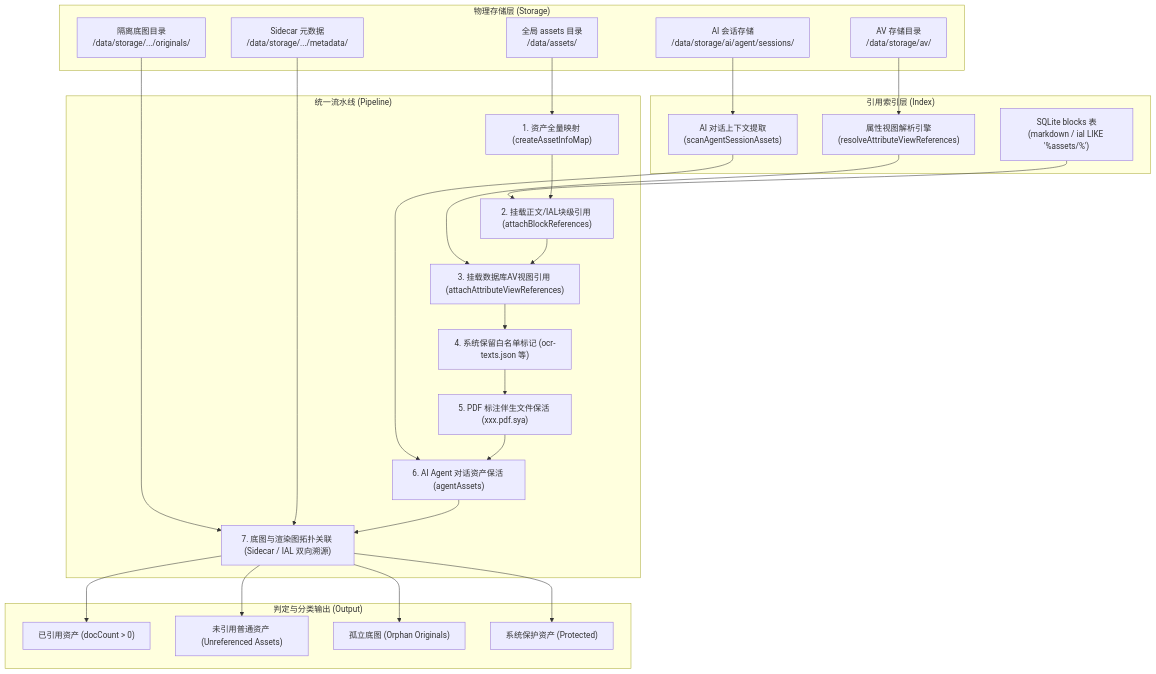
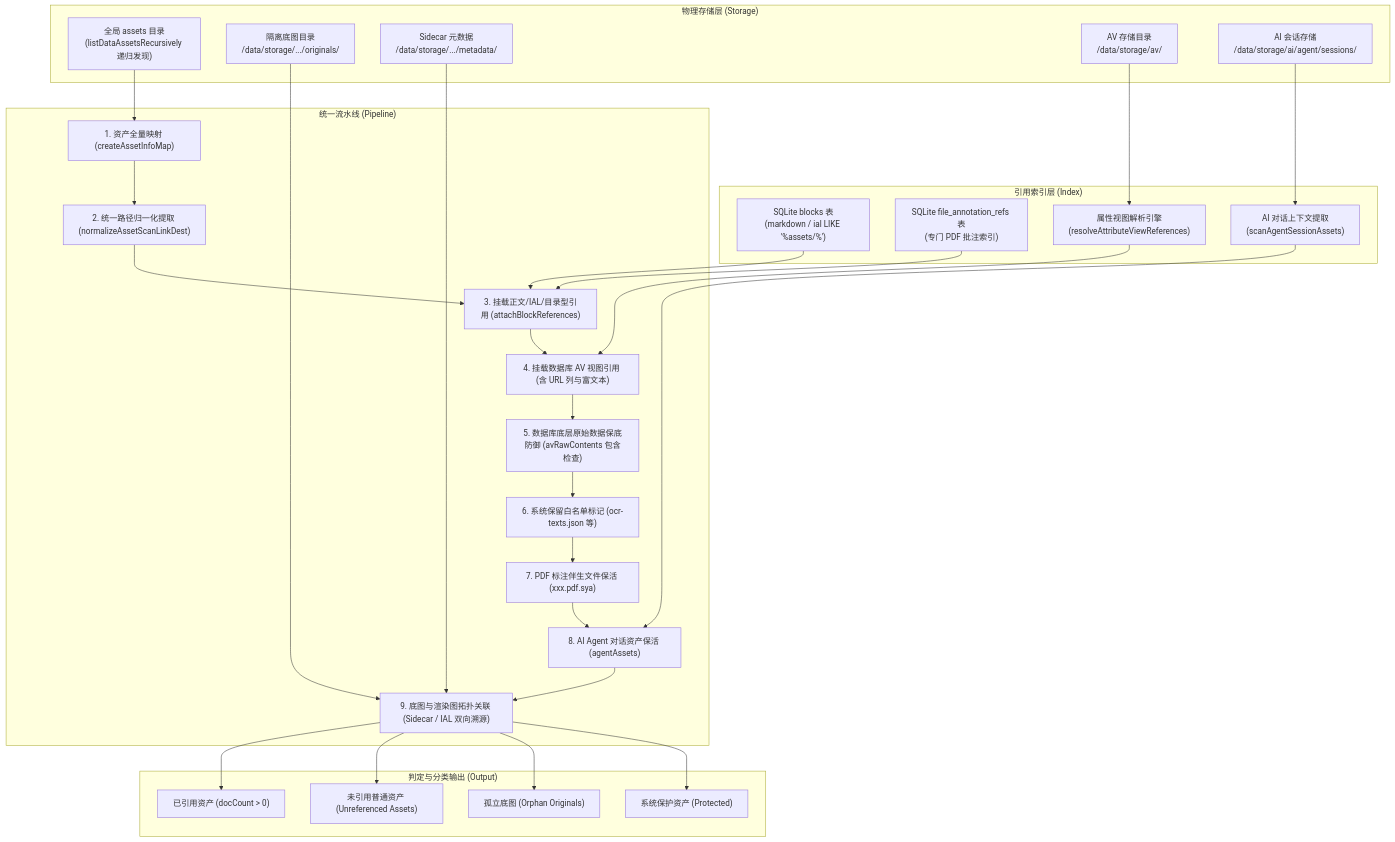
Before and after one commit to famotime/siyuan-assets-manager: the first of 2 diagrams in docs/unreferenced-assets-detection-specification.md, drawn with Mermaid. The commit also changed other lines of this file and 8 other files, not shown here.

````diff
--- a/docs/unreferenced-assets-detection-specification.md
+++ b/docs/unreferenced-assets-detection-specification.md
@@ -25,48 +27,52 @@
 ```mermaid
 flowchart TD
     subgraph S1["物理存储层 (Storage)"]
-        F1["全局 assets 目录<br>/data/assets/"]
+        F1["全局 assets 目录<br>(listDataAssetsRecursively 递归发现)"]
         F2["隔离底图目录<br>/data/storage/.../originals/"]
         F3["Sidecar 元数据<br>/data/storage/.../metadata/"]
         F4["AV 存储目录<br>/data/storage/av/"]
         F5["AI 会话存储<br>/data/storage/ai/agent/sessions/"]
     end
 
     subgraph S2["引用索引层 (Index)"]
         I1["SQLite blocks 表<br>(markdown / ial LIKE '%assets/%')"]
-        I2["属性视图解析引擎<br>(resolveAttributeViewReferences)"]
-        I3["AI 对话上下文提取<br>(scanAgentSessionAssets)"]
+        I2["SQLite file_annotation_refs 表<br>(专门 PDF 批注索引)"]
+        I3["属性视图解析引擎<br>(resolveAttributeViewReferences)"]
+        I4["AI 对话上下文提取<br>(scanAgentSessionAssets)"]
     end
 
     subgraph S3["统一流水线 (Pipeline)"]
         P1["1. 资产全量映射 (createAssetInfoMap)"]
-        P2["2. 挂载正文/IAL块级引用 (attachBlockReferences)"]
-        P3["3. 挂载数据库AV视图引用 (attachAttributeViewReferences)"]
-        P4["4. 系统保留白名单标记 (ocr-texts.json 等)"]
-        P5["5. PDF 标注伴生文件保活 (xxx.pdf.sya)"]
-        P6["6. AI Agent 对话资产保活 (agentAssets)"]
-        P7["7. 底图与渲染图拓扑关联 (Sidecar / IAL 双向溯源)"]
+        P2["2. 统一路径归一化提取 (normalizeAssetScanLinkDest)"]
+        P3["3. 挂载正文/IAL/目录型引用 (attachBlockReferences)"]
+        P4["4. 挂载数据库 AV 视图引用 (含 URL 列与富文本)"]
+        P5["5. 数据库底层原始数据保底防御 (avRawContents 包含检查)"]
+        P6["6. 系统保留白名单标记 (ocr-texts.json 等)"]
+        P7["7. PDF 标注伴生文件保活 (xxx.pdf.sya)"]
+        P8["8. AI Agent 对话资产保活 (agentAssets)"]
+        P9["9. 底图与渲染图拓扑关联 (Sidecar / IAL 双向溯源)"]
     end
 
     subgraph S4["判定与分类输出 (Output)"]
         O1["已引用资产 (docCount > 0)"]
         O2["未引用普通资产 (Unreferenced Assets)"]
         O3["孤立底图 (Orphan Originals)"]
         O4["系统保护资产 (Protected)"]
     end
 
     F1 --> P1
-    F2 --> P7
-    F3 --> P7
-    F4 --> I2
-    F5 --> I3
-    I1 --> P2
+    F2 --> P9
+    F3 --> P9
+    F4 --> I3
+    F5 --> I4
+    I1 --> P3
     I2 --> P3
-    I3 --> P6
+    I3 --> P4
+    I4 --> P8
 
-    P1 --> P2 --> P3 --> P4 --> P5 --> P6 --> P7
-    P7 --> O1
-    P7 --> O2
-    P7 --> O3
-    P7 --> O4
+    P1 --> P2 --> P3 --> P4 --> P5 --> P6 --> P7 --> P8 --> P9
+    P9 --> O1
+    P9 --> O2
+    P9 --> O3
+    P9 --> O4
 ```
````
